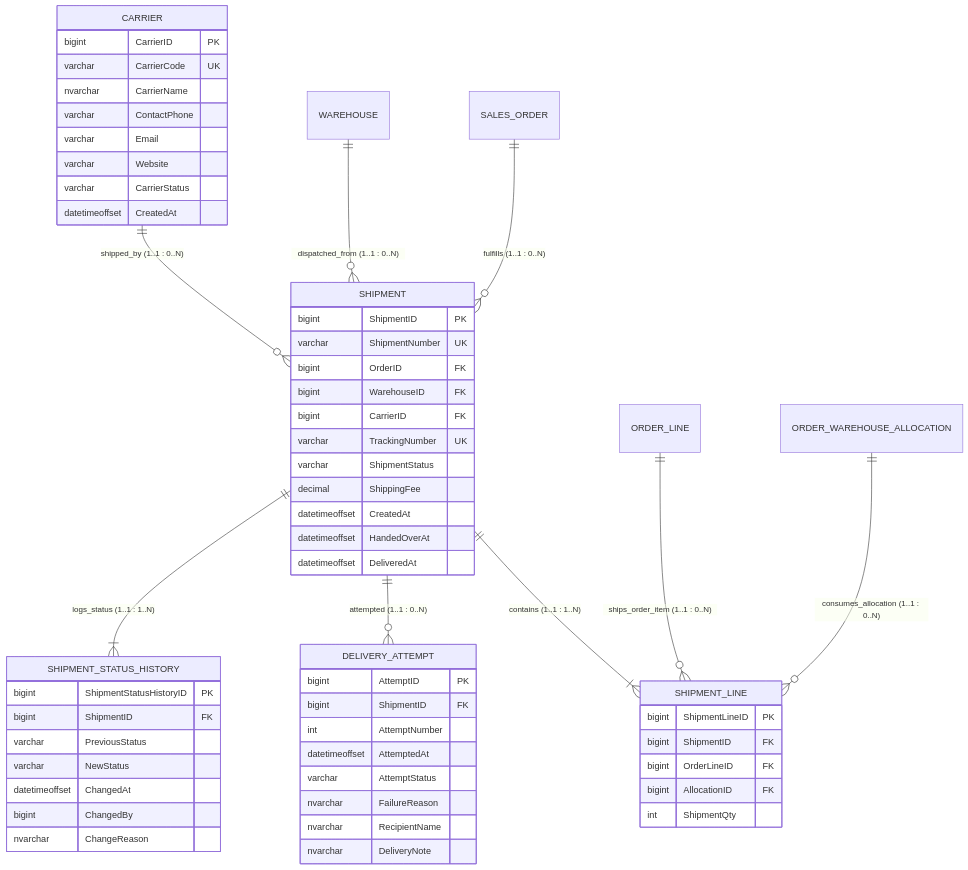
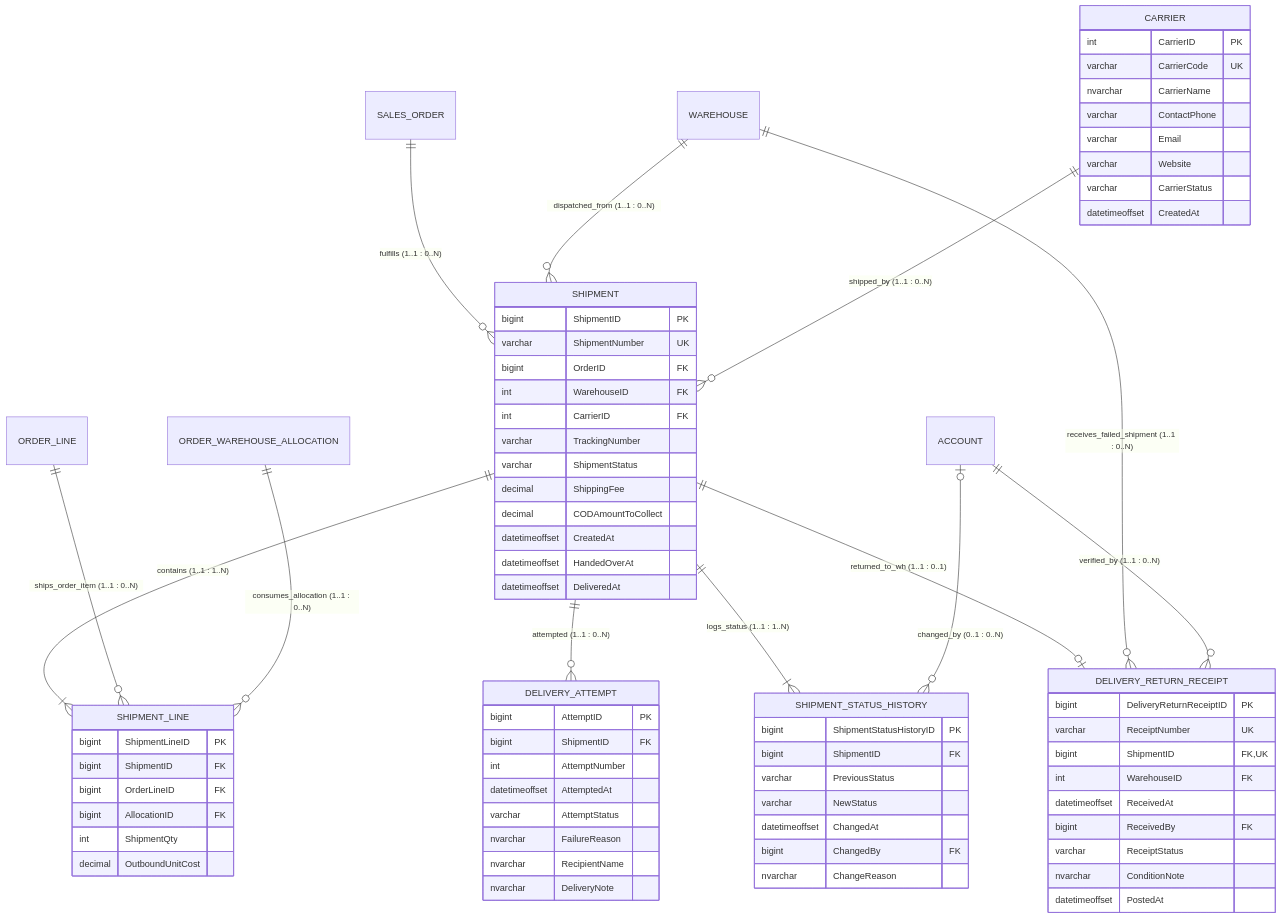
One commit to itzchugnn/RetailCore-E-commerce-Management-System changed the diagram in docs/erd/mermaid/Fulfillment-Shipping.md. Above: the diagram before and after it, drawn with Mermaid. The commit also changed 42 other files, not shown here.

````diff
--- a/docs/erd/mermaid/Fulfillment-Shipping.md
+++ b/docs/erd/mermaid/Fulfillment-Shipping.md
@@ -1,63 +1,81 @@
 ```mermaid
 erDiagram
     SALES_ORDER ||--o{ SHIPMENT : "fulfills (1..1 : 0..N)"
     WAREHOUSE ||--o{ SHIPMENT : "dispatched_from (1..1 : 0..N)"
     CARRIER ||--o{ SHIPMENT : "shipped_by (1..1 : 0..N)"
 
     SHIPMENT ||--|{ SHIPMENT_LINE : "contains (1..1 : 1..N)"
     ORDER_LINE ||--o{ SHIPMENT_LINE : "ships_order_item (1..1 : 0..N)"
     ORDER_WAREHOUSE_ALLOCATION ||--o{ SHIPMENT_LINE : "consumes_allocation (1..1 : 0..N)"
 
     SHIPMENT ||--o{ DELIVERY_ATTEMPT : "attempted (1..1 : 0..N)"
     SHIPMENT ||--|{ SHIPMENT_STATUS_HISTORY : "logs_status (1..1 : 1..N)"
 
+    SHIPMENT ||--o| DELIVERY_RETURN_RECEIPT : "returned_to_wh (1..1 : 0..1)"
+    WAREHOUSE ||--o{ DELIVERY_RETURN_RECEIPT : "receives_failed_shipment (1..1 : 0..N)"
+    ACCOUNT ||--o{ DELIVERY_RETURN_RECEIPT : "verified_by (1..1 : 0..N)"
+    ACCOUNT |o--o{ SHIPMENT_STATUS_HISTORY : "changed_by (0..1 : 0..N)"
+
     CARRIER {
-        bigint CarrierID PK
+        int CarrierID PK
         varchar CarrierCode UK
         nvarchar CarrierName
         varchar ContactPhone
         varchar Email
         varchar Website
         varchar CarrierStatus
         datetimeoffset CreatedAt
     }
     SHIPMENT {
         bigint ShipmentID PK
         varchar ShipmentNumber UK
         bigint OrderID FK
-        bigint WarehouseID FK
-        bigint CarrierID FK
-        varchar TrackingNumber UK
+        int WarehouseID FK
+        int CarrierID FK
+        varchar TrackingNumber
         varchar ShipmentStatus
         decimal ShippingFee
+        decimal CODAmountToCollect
         datetimeoffset CreatedAt
         datetimeoffset HandedOverAt
         datetimeoffset DeliveredAt
     }
     SHIPMENT_LINE {
         bigint ShipmentLineID PK
         bigint ShipmentID FK
         bigint OrderLineID FK
         bigint AllocationID FK
         int ShipmentQty
+        decimal OutboundUnitCost
     }
     DELIVERY_ATTEMPT {
         bigint AttemptID PK
         bigint ShipmentID FK
         int AttemptNumber
         datetimeoffset AttemptedAt
         varchar AttemptStatus
         nvarchar FailureReason
         nvarchar RecipientName
         nvarchar DeliveryNote
     }
     SHIPMENT_STATUS_HISTORY {
         bigint ShipmentStatusHistoryID PK
         bigint ShipmentID FK
         varchar PreviousStatus
         varchar NewStatus
         datetimeoffset ChangedAt
-        bigint ChangedBy
+        bigint ChangedBy FK
         nvarchar ChangeReason
     }
+    DELIVERY_RETURN_RECEIPT {
+        bigint DeliveryReturnReceiptID PK
+        varchar ReceiptNumber UK
+        bigint ShipmentID FK,UK
+        int WarehouseID FK
+        datetimeoffset ReceivedAt
+        bigint ReceivedBy FK
+        varchar ReceiptStatus
+        nvarchar ConditionNote
+        datetimeoffset PostedAt
+    }
 ```
````
